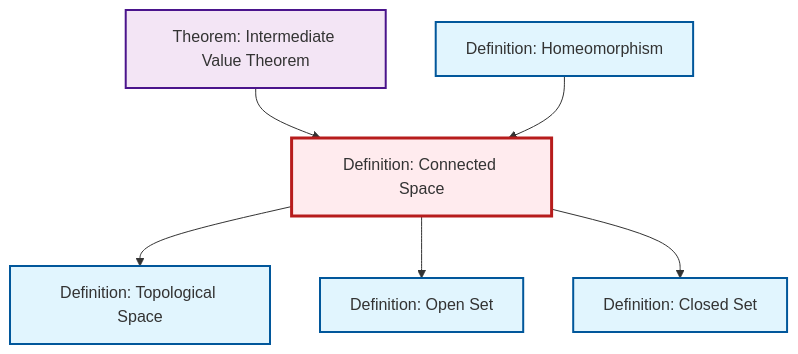
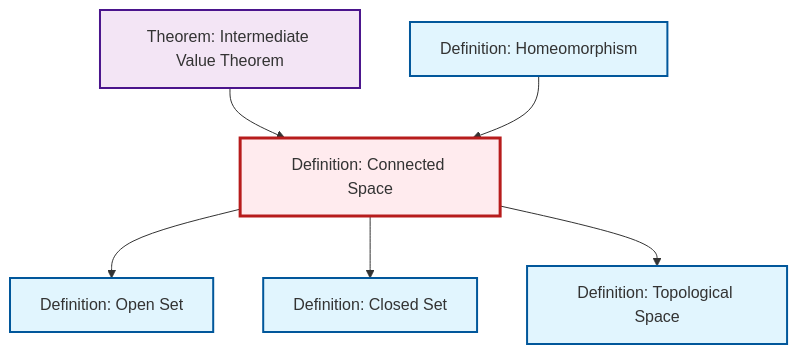
One commit to RK0429/ModernMath changed the diagram in output/mermaid/def-connected.mermaid. Above: the diagram before and after it, drawn with Mermaid. The commit also changed other lines of this file and 554 other files, not shown here.

```diff
--- a/output/mermaid/def-connected.mermaid
+++ b/output/mermaid/def-connected.mermaid
@@ -1,19 +1,19 @@
 %%| fig-cap: "Local dependency graph"
 graph TD
     classDef definition fill:#e1f5fe,stroke:#01579b,stroke-width:2px
     classDef theorem fill:#f3e5f5,stroke:#4a148c,stroke-width:2px
     classDef axiom fill:#fff3e0,stroke:#e65100,stroke-width:2px
     classDef example fill:#e8f5e9,stroke:#1b5e20,stroke-width:2px
     classDef current fill:#ffebee,stroke:#b71c1c,stroke-width:3px
+    def-connected["Definition: Connected Space"]:::definition
+    def-open-set["Definition: Open Set"]:::definition
+    def-closed-set["Definition: Closed Set"]:::definition
+    def-topological-space["Definition: Topological Space"]:::definition
+    thm-intermediate-value["Theorem: Intermediate Value Theorem"]:::theorem
     def-homeomorphism["Definition: Homeomorphism"]:::definition
-    def-topological-space["Definition: Topological Space"]:::definition
-    def-closed-set["Definition: Closed Set"]:::definition
-    def-open-set["Definition: Open Set"]:::definition
-    def-connected["Definition: Connected Space"]:::definition
-    thm-intermediate-value["Theorem: Intermediate Value Theorem"]:::theorem
-    def-connected --> def-topological-space
+    def-connected --> def-open-set
     thm-intermediate-value --> def-connected
-    def-connected --> def-open-set
     def-homeomorphism --> def-connected
     def-connected --> def-closed-set
+    def-connected --> def-topological-space
     class def-connected current
```
